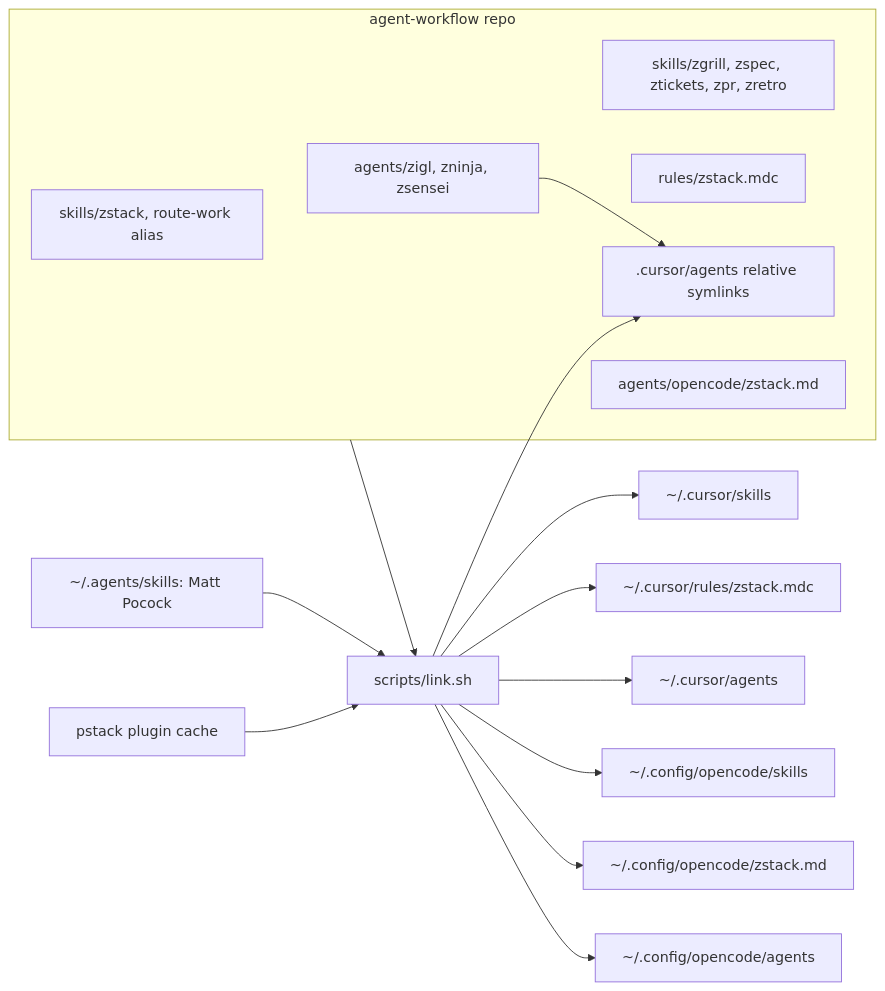
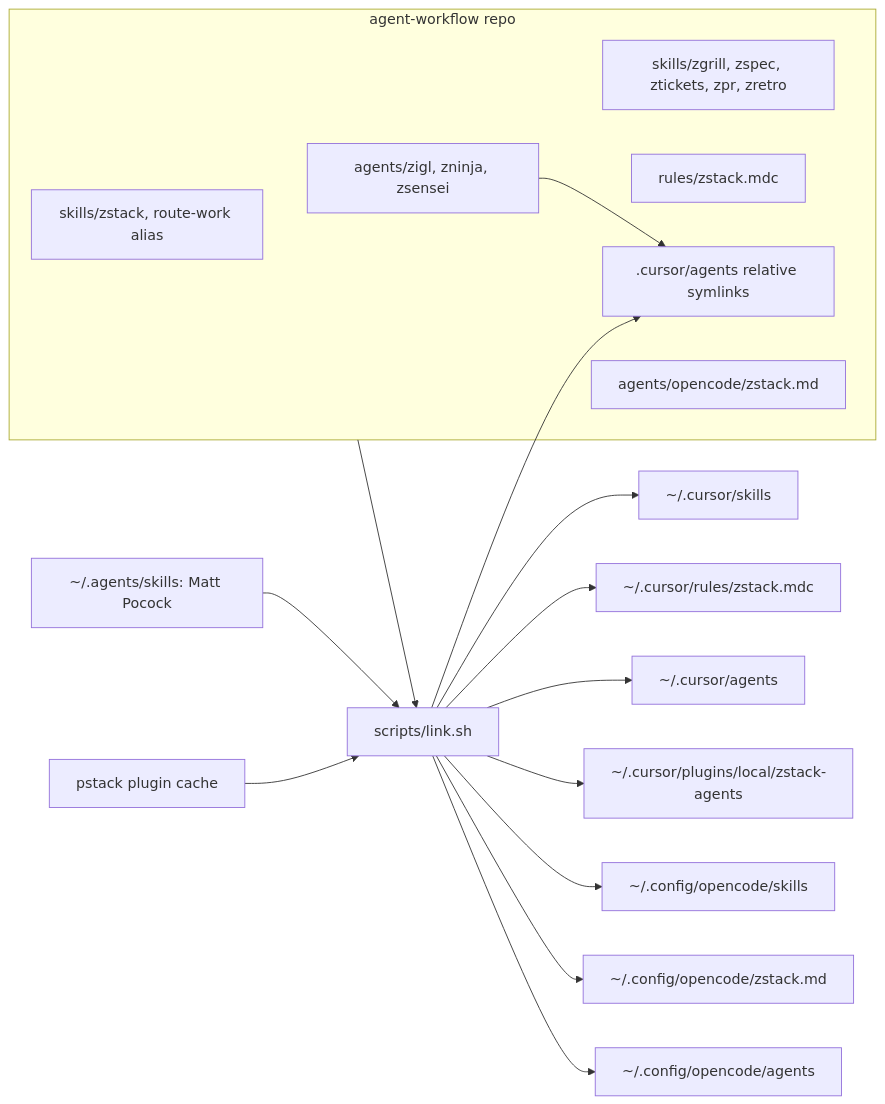
One commit to Byevenes/agent-workflow changed the first of 3 diagrams in docs/architecture.md. Above: the diagram before and after it, drawn with Mermaid. The commit also changed other lines of this file and 5 other files, not shown here.

First line of the commit message:
fix(zstack): copy agents into the local Cursor plugin (#69)

````diff
--- a/docs/architecture.md
+++ b/docs/architecture.md
@@ -9,23 +9,24 @@
 ```mermaid
 flowchart LR
   subgraph repo[agent-workflow repo]
     sk[skills/zstack, route-work alias]
     wr[skills/zgrill, zspec, ztickets, zpr, zretro]
     ru[rules/zstack.mdc]
     ag[agents/zigl, zninja, zsensei]
     pa[.cursor/agents relative symlinks]
     oc[agents/opencode/zstack.md]
   end
   ag --> pa
   link[scripts/link.sh]
   repo --> link
   link --> pa
   link --> cs[~/.cursor/skills]
   link --> cr[~/.cursor/rules/zstack.mdc]
   link --> ca[~/.cursor/agents]
+  link --> plug[~/.cursor/plugins/local/zstack-agents]
   link --> os[~/.config/opencode/skills]
   link --> om[~/.config/opencode/zstack.md]
   link --> oa[~/.config/opencode/agents]
   matt[~/.agents/skills: Matt Pocock] --> link
   pstack[pstack plugin cache] --> link
 ```
````
